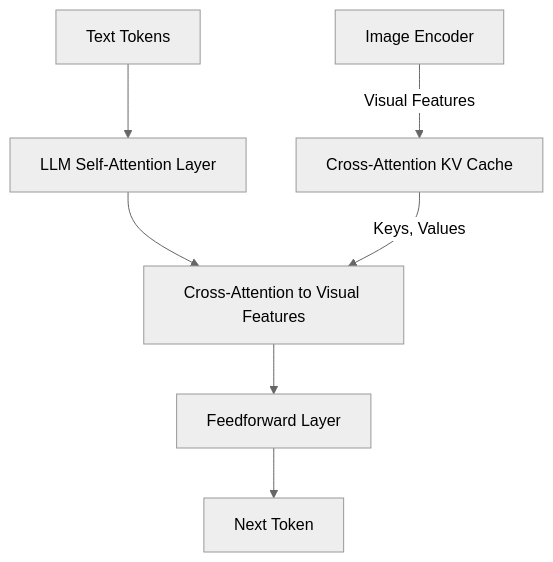
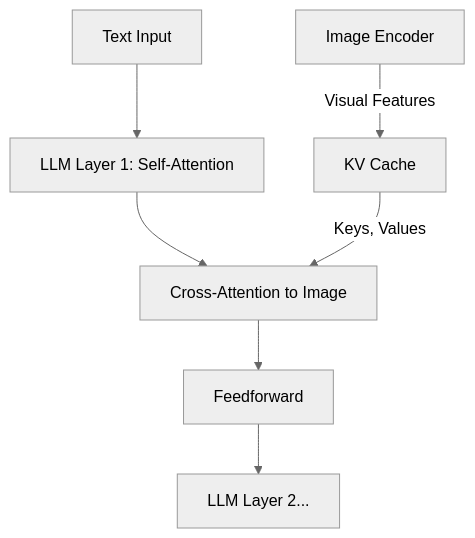
The fourth of 7 diagrams in content/blog/embedding.mdx (htang7415/Hao_Tang_Personal_website), drawn with Mermaid (neutral theme) before and after one commit. The commit also changed other lines of this file and 2 other files, not shown here.

````diff
--- a/content/blog/embedding.mdx
+++ b/content/blog/embedding.mdx
@@ -207,9 +296,9 @@
 ```mermaid
 graph TD
-    A[Image Encoder] -->|Visual Features| B[Cross-Attention KV Cache]
-    C[Text Tokens] --> D[LLM Self-Attention Layer]
-    D --> E[Cross-Attention to Visual Features]
+    A[Image Encoder] -->|Visual Features| B[KV Cache]
+    C[Text Input] --> D[LLM Layer 1: Self-Attention]
+    D --> E[Cross-Attention to Image]
     B -->|Keys, Values| E
-    E --> F[Feedforward Layer]
-    F --> G[Next Token]
+    E --> F[Feedforward]
+    F --> G[LLM Layer 2...]
 ```
````
